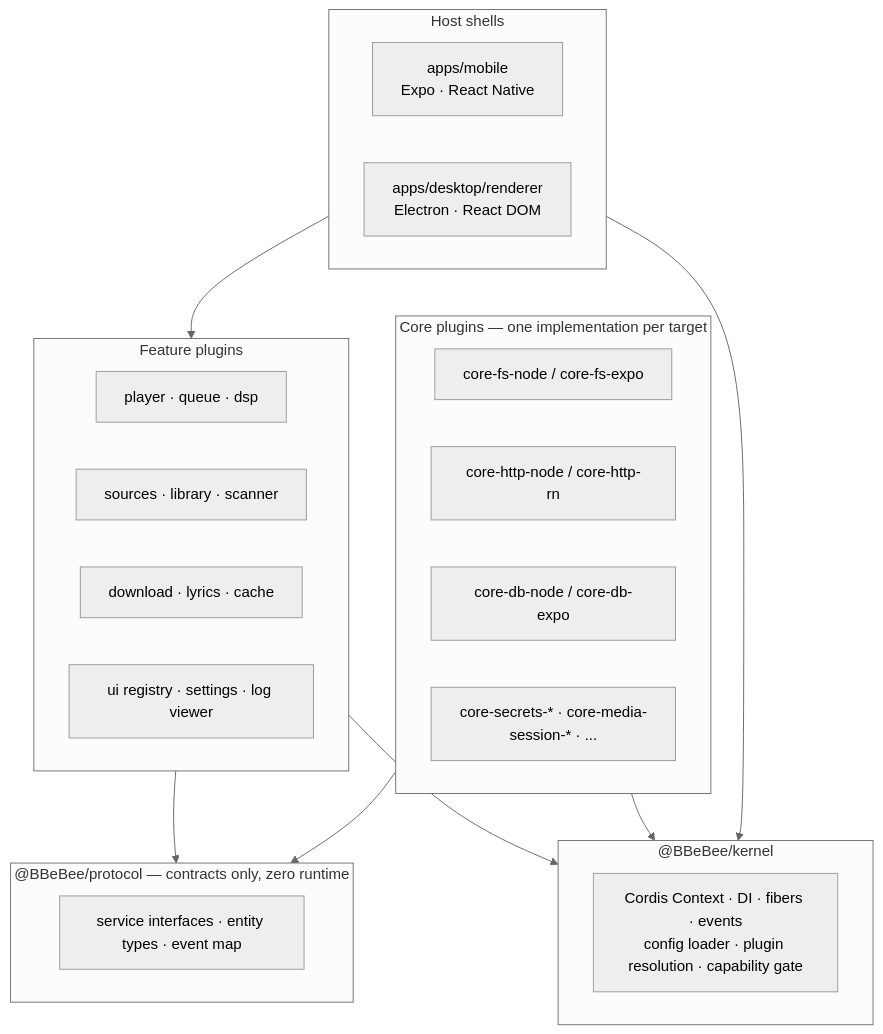
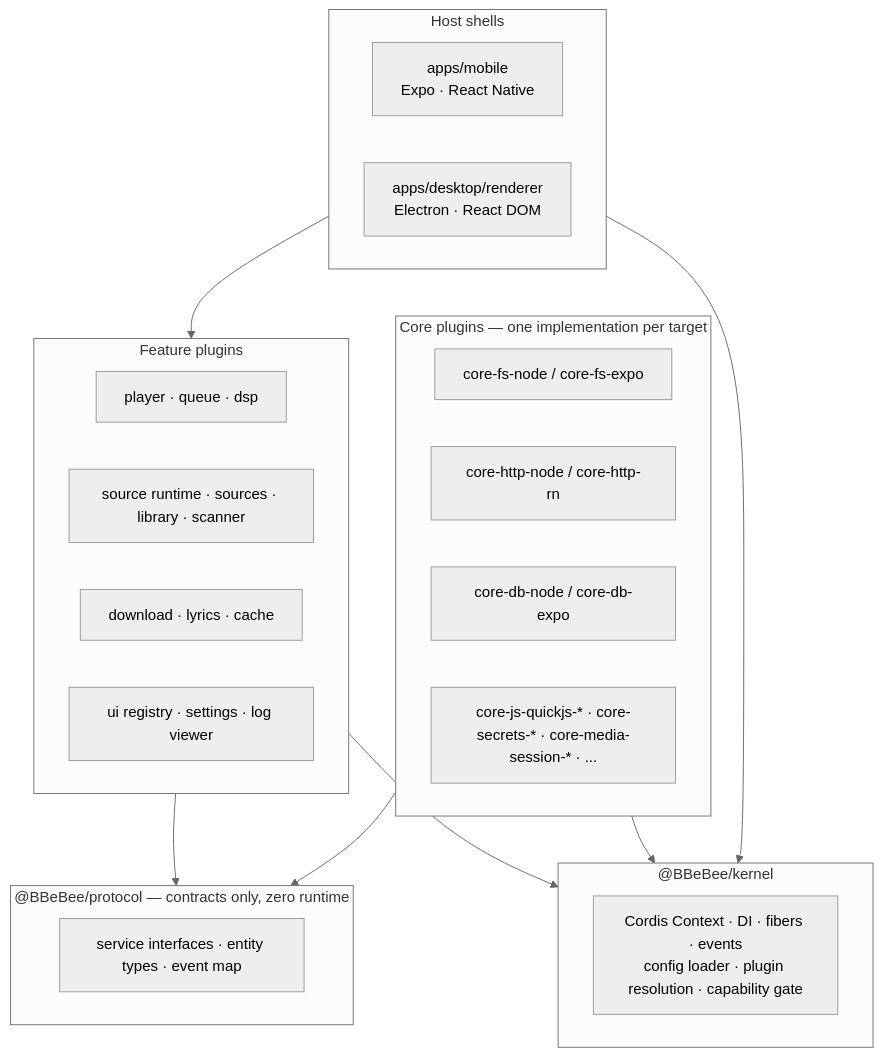
The first of 4 diagrams in docs/02-architecture.md (BBeBeeX/B_Be_Bee_X), drawn with Mermaid (neutral theme) before and after one commit. The commit also changed other lines of this file and 11 other files, not shown here.

First line of the commit message:
Refine M1 roadmap and documentation for music sources

````diff
--- a/docs/02-architecture.md
+++ b/docs/02-architecture.md
@@ -14,36 +14,36 @@
 ```mermaid
 flowchart TD
     subgraph L5["Host shells"]
         M["apps/mobile<br/>Expo · React Native"]
         D["apps/desktop/renderer<br/>Electron · React DOM"]
     end
 
     subgraph L4["Feature plugins"]
         F1["player · queue · dsp"]
-        F2["sources · library · scanner"]
+        F2["source runtime · sources · library · scanner"]
         F3["download · lyrics · cache"]
         F4["ui registry · settings · log viewer"]
     end
 
     subgraph L3["@BBeBee/protocol — contracts only, zero runtime"]
         P["service interfaces · entity types · event map"]
     end
 
     subgraph L2["Core plugins — one implementation per target"]
         C1["core-fs-node / core-fs-expo"]
         C2["core-http-node / core-http-rn"]
         C3["core-db-node / core-db-expo"]
-        C4["core-secrets-* · core-media-session-* · ..."]
+        C4["core-js-quickjs-* · core-secrets-* · core-media-session-* · ..."]
     end
 
     subgraph L1["@BBeBee/kernel"]
         K["Cordis Context · DI · fibers · events<br/>config loader · plugin resolution · capability gate"]
     end
 
     L5 --> L4
     L4 --> L3
     L2 --> L3
     L4 --> L1
     L2 --> L1
     L5 --> L1
 ```
````
